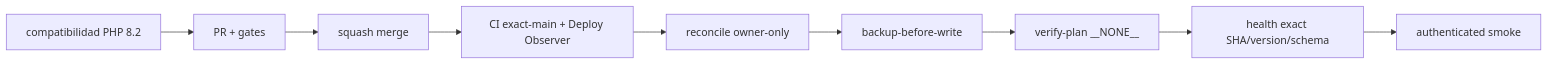
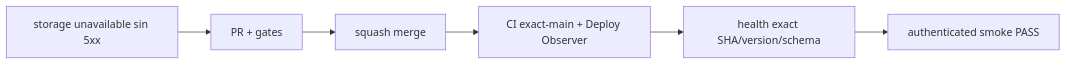
Before and after one commit to pl0n3r/brvtal: the diagram in README.md, drawn with Mermaid. The commit also changed other lines of this file and 5 other files, not shown here.

````diff
--- a/README.md
+++ b/README.md
@@ -45,11 +44,8 @@
 ```mermaid
 flowchart LR
-  C["compatibilidad PHP 8.2"] --> G["PR + gates"]
+  F["storage unavailable sin 5xx"] --> G["PR + gates"]
   G --> M["squash merge"]
   M --> E["CI exact-main + Deploy Observer"]
-  E --> R["reconcile owner-only"]
-  R --> B["backup-before-write"]
-  B --> V["verify-plan __NONE__"]
-  V --> H["health exact SHA/version/schema"]
-  H --> S["authenticated smoke"]
+  E --> H["health exact SHA/version/schema"]
+  H --> S["authenticated smoke PASS"]
 ```
````
